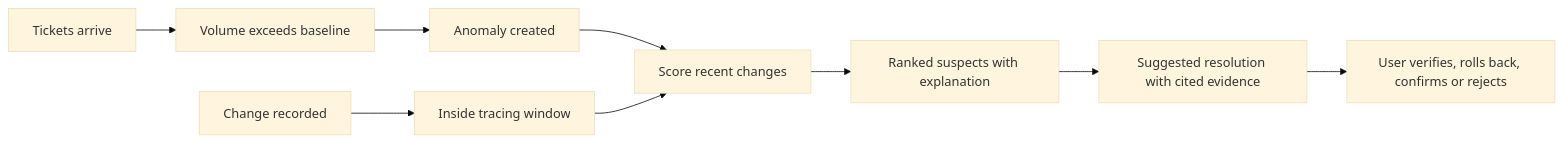
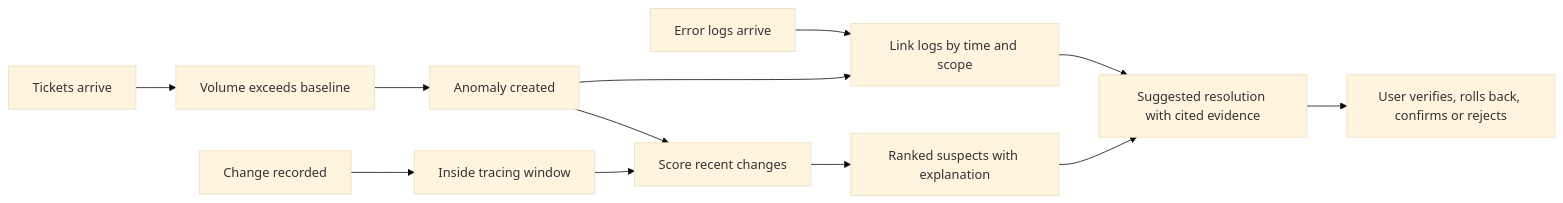
The diagram in docs/03-use-cases.md (DuykoNgu/practise), drawn with Mermaid (base theme) before and after one commit. The commit also changed other lines of this file and 7 other files, not shown here.

First line of the commit message:
Bring error-log analysis into V1: scope, features, use cases, stories, IA, API

````diff
--- a/docs/03-use-cases.md
+++ b/docs/03-use-cases.md
@@ -99,11 +112,14 @@
 ```mermaid
 flowchart LR
     Change["Change recorded"] --> Window["Inside tracing window"]
     Tickets["Tickets arrive"] --> Detect["Volume exceeds baseline"]
+    Logs["Error logs arrive"] --> Link["Link logs by time and scope"]
     Detect --> Anomaly["Anomaly created"]
     Anomaly --> Rank["Score recent changes"]
     Window --> Rank
+    Anomaly --> Link
+    Link --> Suggest
     Rank --> Suspects["Ranked suspects with explanation"]
     Suspects --> Suggest["Suggested resolution with cited evidence"]
     Suggest --> Decide["User verifies, rolls back, confirms or rejects"]
 ```
````
